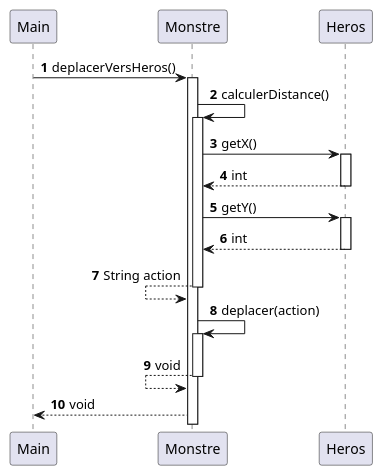
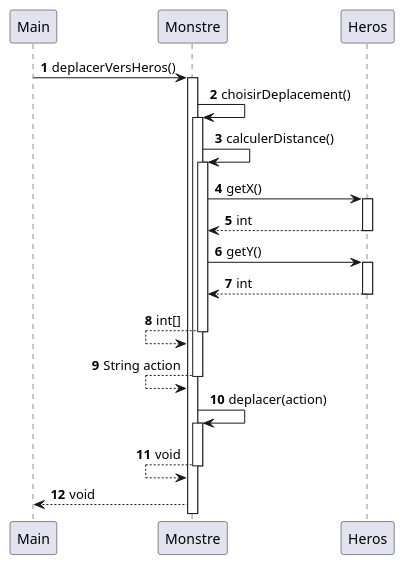
One commit to crochetremi/2025_Zeldiablo2_e20157u_e82008u_e89209u_e26078u changed the diagram in documents/version_3/DS_MonstresAttiresParHeros.puml. Above: the diagram before and after it, drawn with PlantUML.

Commit message:
diagramme de séquence fini MonstresAttiresParHeros

```diff
--- a/documents/version_3/DS_MonstresAttiresParHeros.puml
+++ b/documents/version_3/DS_MonstresAttiresParHeros.puml
@@ -1,36 +1,41 @@
 @startuml
 'https://plantuml.com/sequence-diagram
 
 autonumber
 
 Main -> Monstre : deplacerVersHeros()
 activate Monstre
 
+Monstre -> Monstre : choisirDeplacement()
+activate Monstre
+
 
 Monstre -> Monstre : calculerDistance()
-
-
 activate Monstre
 
 Monstre -> Heros : getX()
 activate Heros
 Monstre <-- Heros : int
 deactivate Heros
 
 Monstre -> Heros : getY()
 activate Heros
 Monstre <-- Heros : int
 deactivate Heros
 
+Monstre <-- Monstre: int[]
+deactivate Monstre
 Monstre <-- Monstre : String action
+
 deactivate Monstre
 
 Monstre -> Monstre: deplacer(action)
 activate Monstre
 Monstre <-- Monstre: void
 
+
 deactivate Monstre
 
 Main <-- Monstre : void
 
 @enduml
```
